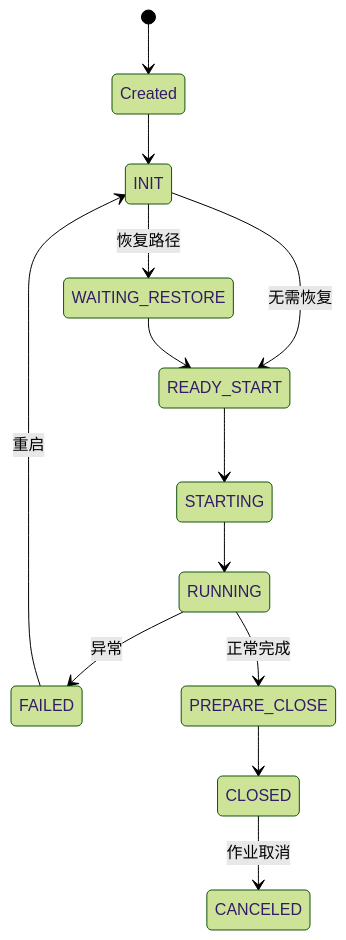
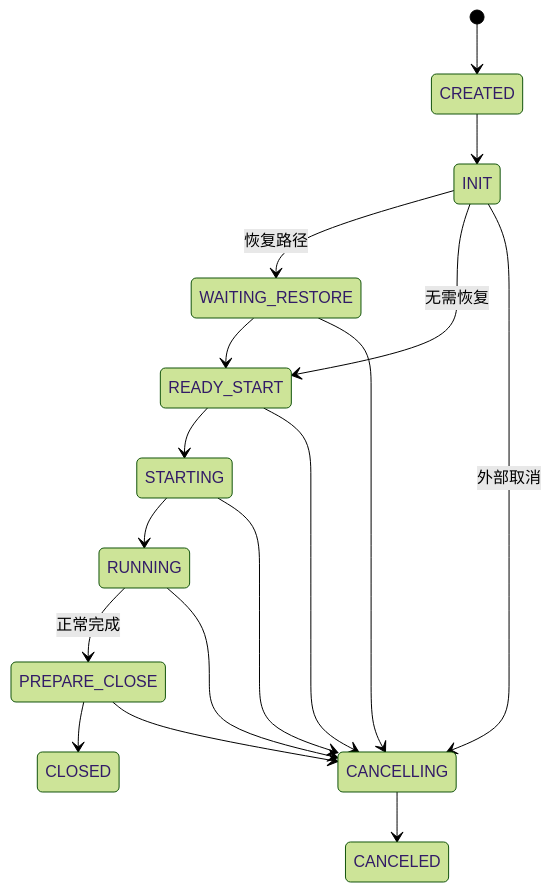
One commit to apache/seatunnel changed the second of 3 diagrams in docs/zh/architecture/engine/engine-architecture.md. Above: the diagram before and after it, drawn with Mermaid (forest theme). The commit also changed other lines of this file and 5 other files, not shown here.

Commit message:
[Docs] Fix architecture diagram semantics

````diff
--- a/docs/zh/architecture/engine/engine-architecture.md
+++ b/docs/zh/architecture/engine/engine-architecture.md
@@ -248,15 +248,19 @@
 ```mermaid
 stateDiagram-v2
-    [*] --> Created
-    Created --> INIT
+    [*] --> CREATED
+    CREATED --> INIT
     INIT --> WAITING_RESTORE: 恢复路径
     INIT --> READY_START: 无需恢复
     WAITING_RESTORE --> READY_START
     READY_START --> STARTING
     STARTING --> RUNNING
-    RUNNING --> FAILED: 异常
-    FAILED --> INIT: 重启
     RUNNING --> PREPARE_CLOSE: 正常完成
     PREPARE_CLOSE --> CLOSED
-    CLOSED --> CANCELED: 作业取消
+    INIT --> CANCELLING: 外部取消
+    WAITING_RESTORE --> CANCELLING
+    READY_START --> CANCELLING
+    STARTING --> CANCELLING
+    RUNNING --> CANCELLING
+    PREPARE_CLOSE --> CANCELLING
+    CANCELLING --> CANCELED
 ```
````
